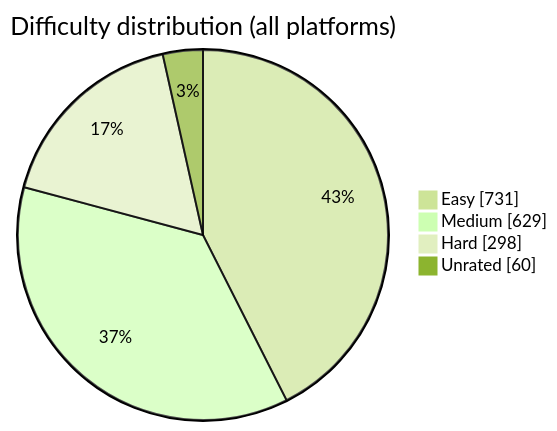
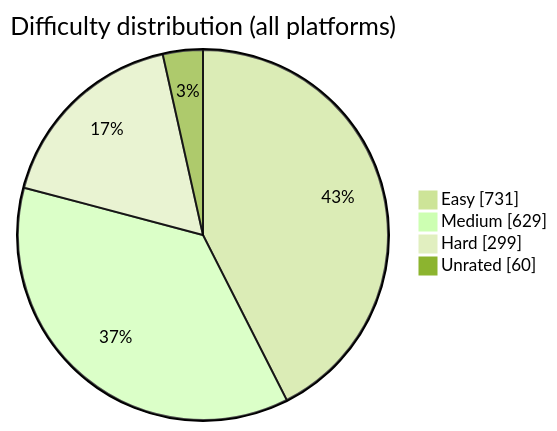
The diagram in README.md (BuildbyArindam/Daily-Coding-Log), drawn with Mermaid (forest theme) before and after one commit. The commit also changed other lines of this file, not shown here.

````diff
--- a/README.md
+++ b/README.md
@@ -93,7 +93,7 @@
 ```mermaid
 pie showData title Difficulty distribution (all platforms)
     "Easy" : 731
     "Medium" : 629
-    "Hard" : 298
+    "Hard" : 299
     "Unrated" : 60
 ```
````
